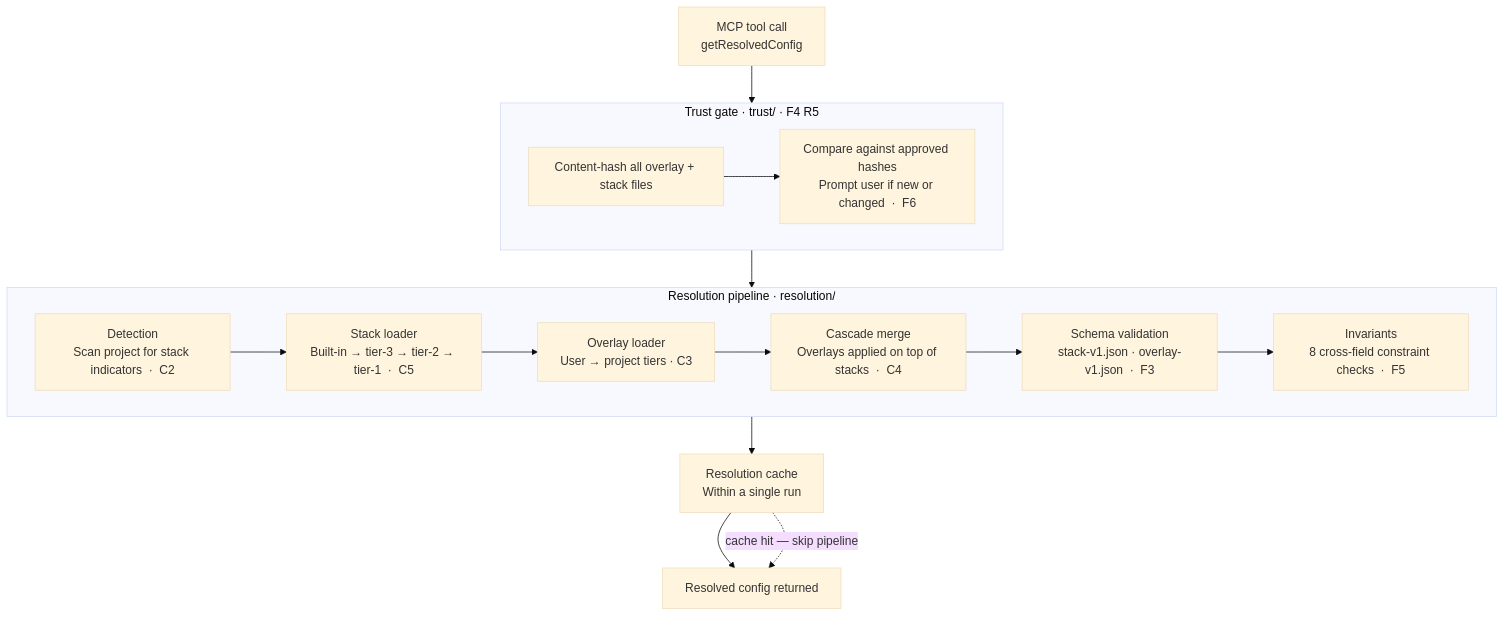
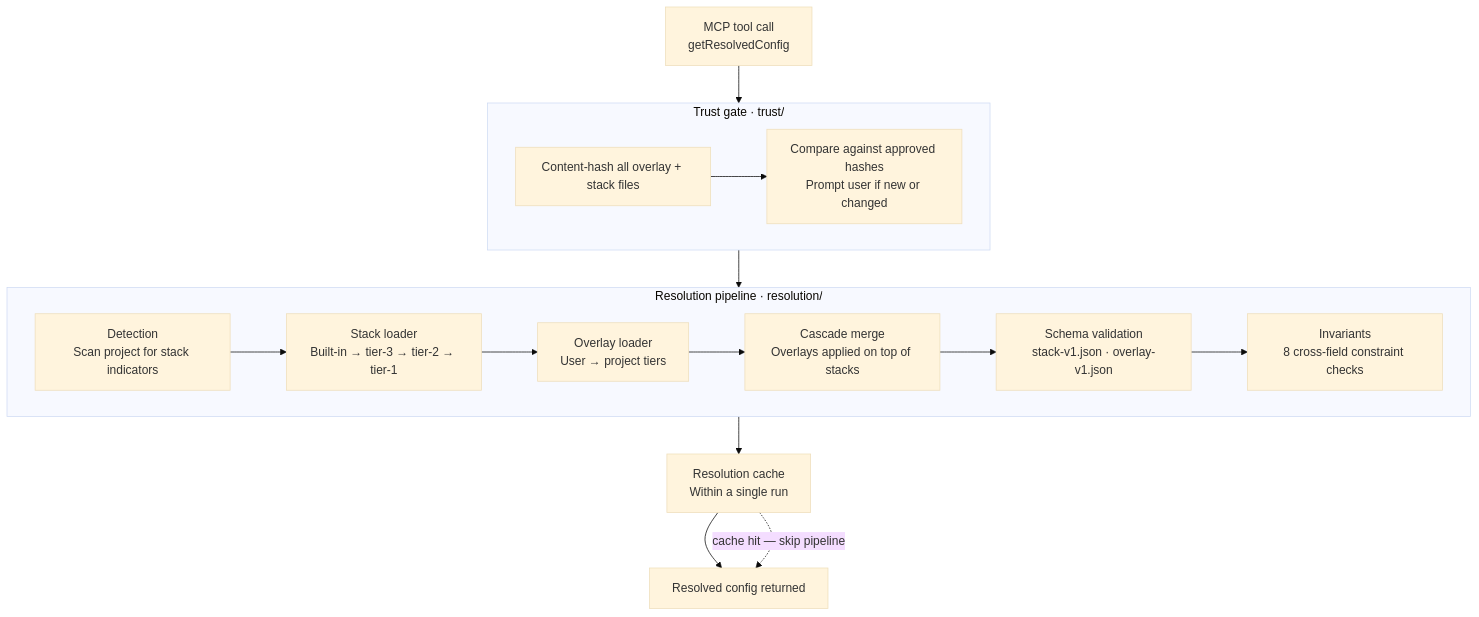
Before and after one commit to Thomas-AppForceOne/ClaudeAgents: the third of 4 diagrams in documentation/subsystem-architecture.md, drawn with Mermaid (base theme). The commit also changed other lines of this file, not shown here.

First line of the commit message:
docs: rearrange component diagram to LR layout, remove spec references

````diff
--- a/documentation/subsystem-architecture.md
+++ b/documentation/subsystem-architecture.md
@@ -122,26 +129,26 @@
 ```mermaid
 flowchart TD
     IN["MCP tool call\ngetResolvedConfig"]
 
-    subgraph TG["Trust gate  ·  trust/  ·  F4 R5"]
+    subgraph TG["Trust gate · trust/"]
         HC["Content-hash all overlay + stack files"]
-        TP["Compare against approved hashes\nPrompt user if new or changed  ·  F6"]
+        TP["Compare against approved hashes\nPrompt user if new or changed"]
         HC --> TP
     end
 
-    subgraph RP["Resolution pipeline  ·  resolution/"]
-        DT["Detection\nScan project for stack indicators  ·  C2"]
-        SL["Stack loader\nBuilt-in → tier-3 → tier-2 → tier-1  ·  C5"]
-        OL["Overlay loader\nUser → project tiers  ·  C3"]
-        CM["Cascade merge\nOverlays applied on top of stacks  ·  C4"]
-        SV["Schema validation\nstack-v1.json · overlay-v1.json  ·  F3"]
-        IV["Invariants\n8 cross-field constraint checks  ·  F5"]
+    subgraph RP["Resolution pipeline · resolution/"]
+        DT["Detection\nScan project for stack indicators"]
+        SL["Stack loader\nBuilt-in → tier-3 → tier-2 → tier-1"]
+        OL["Overlay loader\nUser → project tiers"]
+        CM["Cascade merge\nOverlays applied on top of stacks"]
+        SV["Schema validation\nstack-v1.json · overlay-v1.json"]
+        IV["Invariants\n8 cross-field constraint checks"]
         DT --> SL --> OL --> CM --> SV --> IV
     end
 
     CA["Resolution cache\nWithin a single run"]
     OUT["Resolved config returned"]
 
     IN --> TG --> RP --> CA --> OUT
     CA -.->|"cache hit — skip pipeline"| OUT
 ```
````
